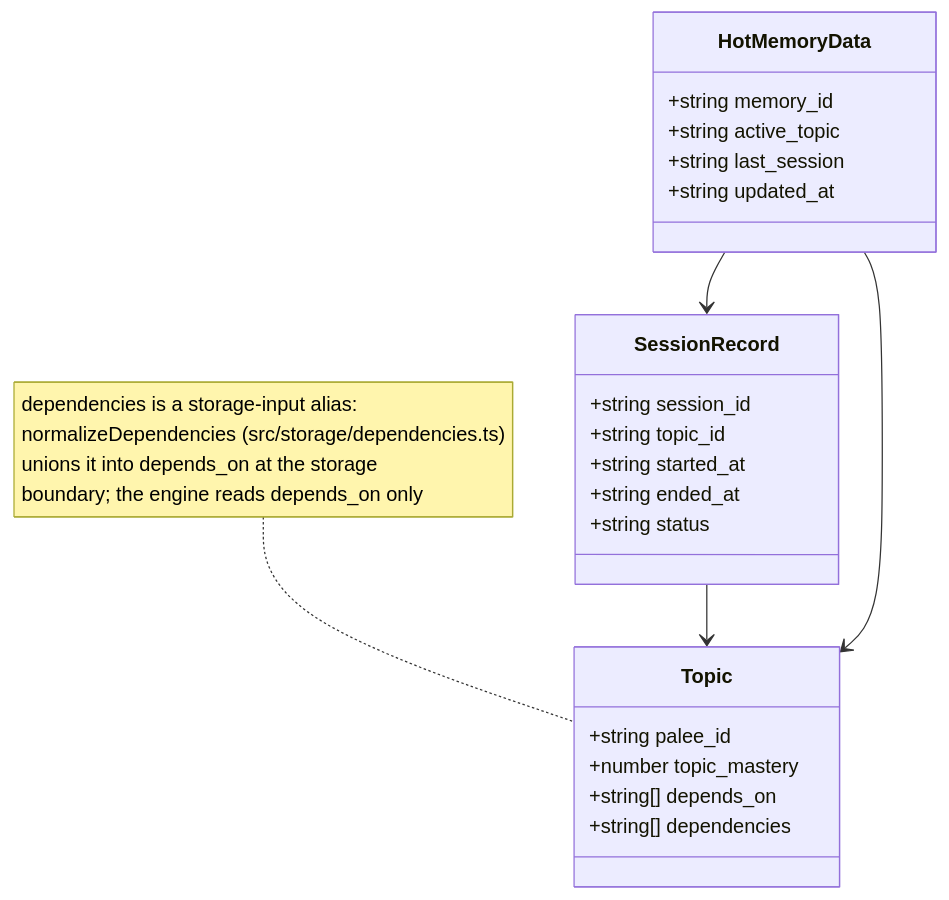
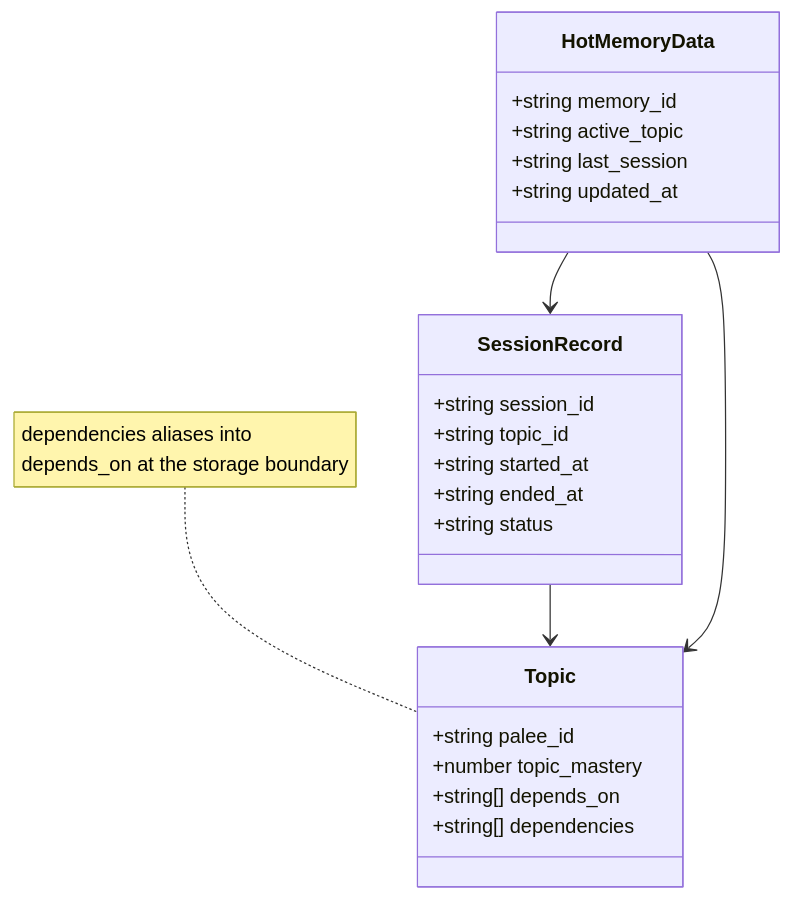
Before and after one commit to Kuldeep2822k/cli: the third of 3 diagrams in docs/09-glossary.md, drawn with Mermaid. The commit also changed other lines of this file and 77 other files, not shown here.

````diff
--- a/docs/09-glossary.md
+++ b/docs/09-glossary.md
@@ -145,26 +149,26 @@
 ```mermaid
 classDiagram
     class HotMemoryData {
         +string memory_id
         +string active_topic
         +string last_session
         +string updated_at
     }
     class SessionRecord {
         +string session_id
         +string topic_id
         +string started_at
         +string ended_at
         +string status
     }
     class Topic {
         +string palee_id
         +number topic_mastery
         +string[] depends_on
         +string[] dependencies
     }
-    note for Topic "dependencies is a storage-input alias:<br/>normalizeDependencies (src/storage/dependencies.ts)<br/>unions it into depends_on at the storage<br/>boundary; the engine reads depends_on only"
+    note for Topic "dependencies aliases into<br/>depends_on at the storage boundary"
     HotMemoryData --> SessionRecord
     SessionRecord --> Topic
     HotMemoryData --> Topic
 ```
````
